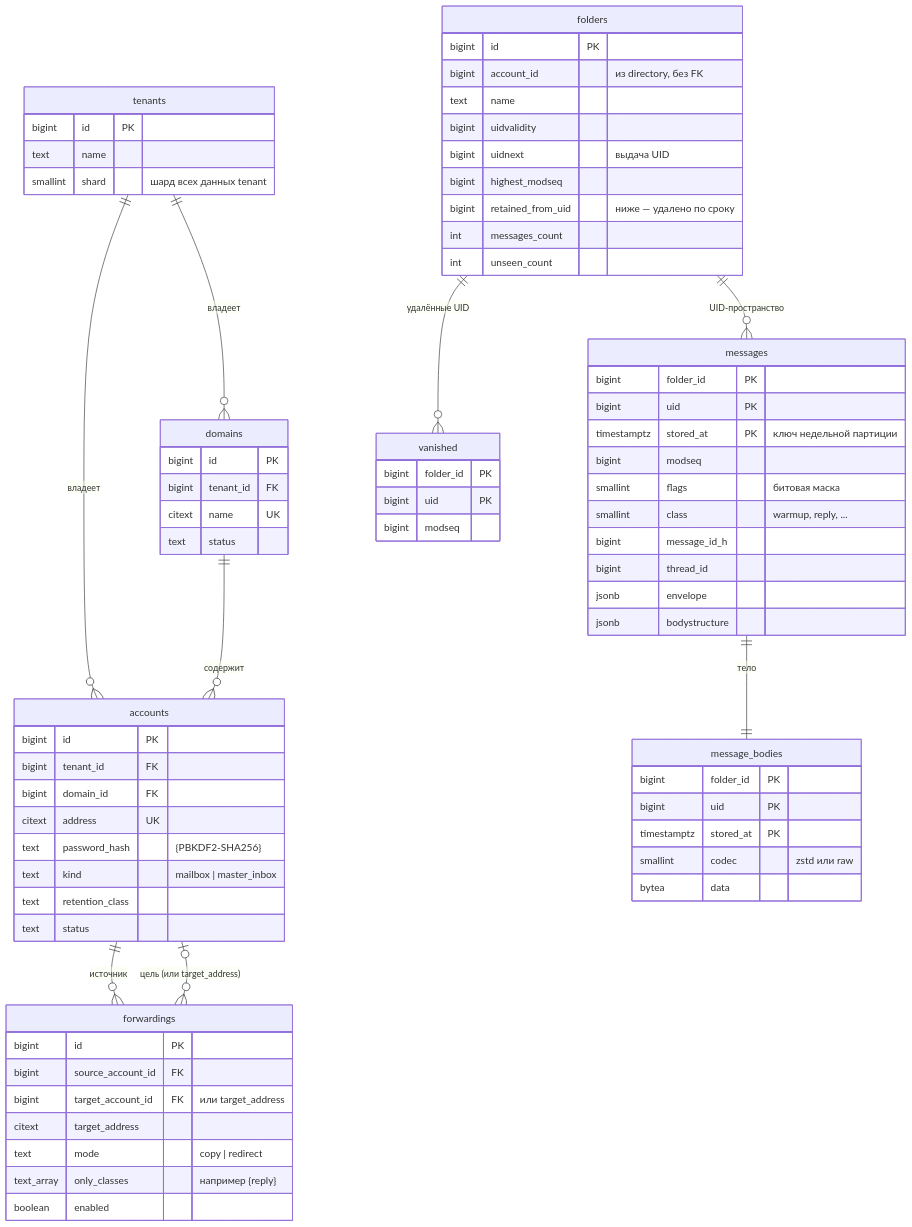
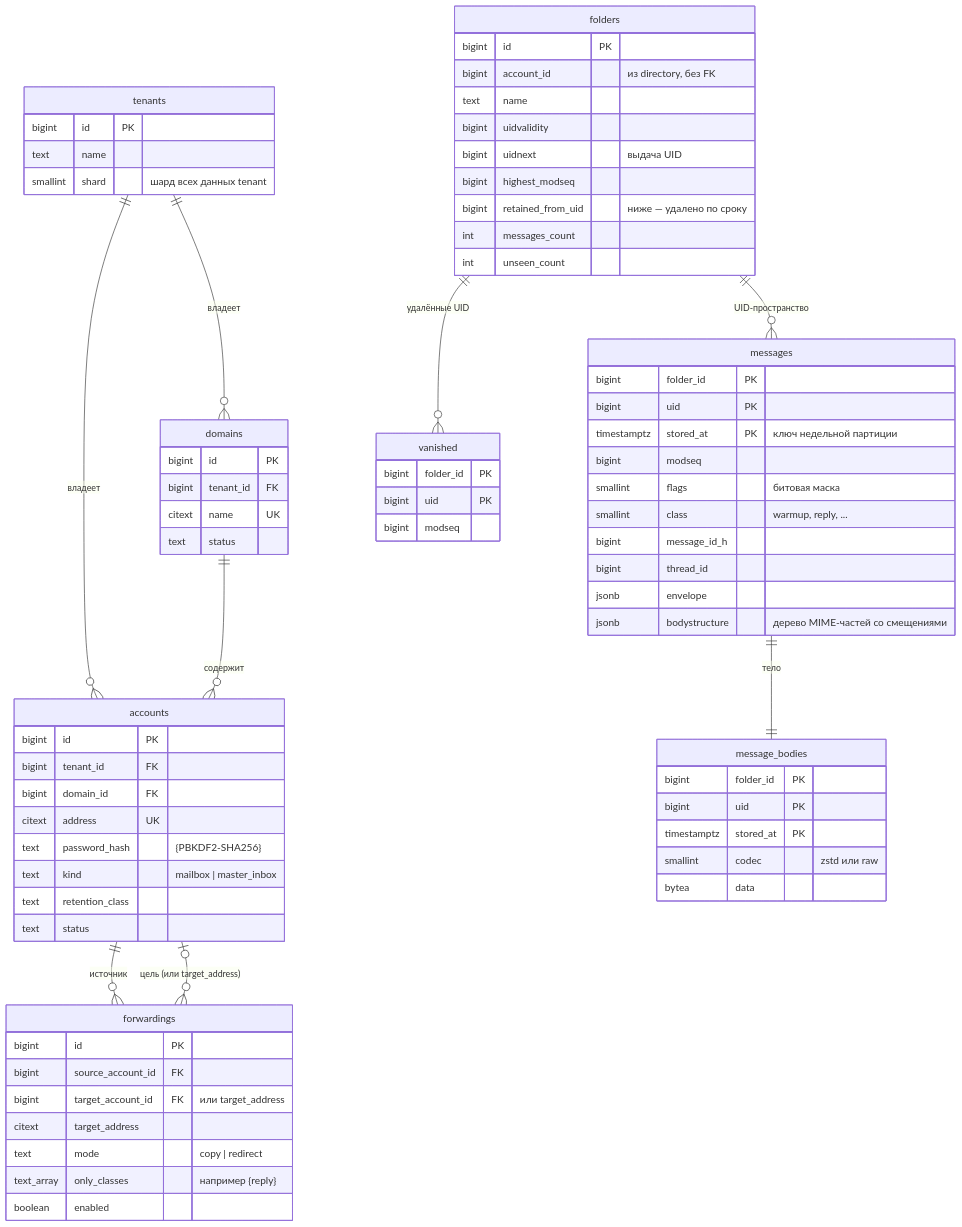
The sixth of 7 diagrams in docs/architecture.md (ichi404gh/mailstore), drawn with Mermaid before and after one commit. The commit also changed other lines of this file and 14 other files, not shown here.

First line of the commit message:
Add MIME parsing, BODYSTRUCTURE and part sections

````diff
--- a/docs/architecture.md
+++ b/docs/architecture.md
@@ -218,79 +218,79 @@
 ```mermaid
 erDiagram
   tenants ||--o{ domains : "владеет"
   tenants ||--o{ accounts : "владеет"
   domains ||--o{ accounts : "содержит"
   accounts ||--o{ forwardings : "источник"
   accounts |o--o{ forwardings : "цель (или target_address)"
 
   tenants {
     bigint id PK
     text name
     smallint shard "шард всех данных tenant"
   }
   domains {
     bigint id PK
     bigint tenant_id FK
     citext name UK
     text status
   }
   accounts {
     bigint id PK
     bigint tenant_id FK
     bigint domain_id FK
     citext address UK
     text password_hash "{PBKDF2-SHA256}"
     text kind "mailbox | master_inbox"
     text retention_class
     text status
   }
   forwardings {
     bigint id PK
     bigint source_account_id FK
     bigint target_account_id FK "или target_address"
     citext target_address
     text mode "copy | redirect"
     text_array only_classes "например {reply}"
     boolean enabled
   }
 
   folders ||--o{ messages : "UID-пространство"
   messages ||--|| message_bodies : "тело"
   folders ||--o{ vanished : "удалённые UID"
 
   folders {
     bigint id PK
     bigint account_id "из directory, без FK"
     text name
     bigint uidvalidity
     bigint uidnext "выдача UID"
     bigint highest_modseq
     bigint retained_from_uid "ниже — удалено по сроку"
     int messages_count
     int unseen_count
   }
   messages {
     bigint folder_id PK
     bigint uid PK
     timestamptz stored_at PK "ключ недельной партиции"
     bigint modseq
     smallint flags "битовая маска"
     smallint class "warmup, reply, ..."
     bigint message_id_h
     bigint thread_id
     jsonb envelope
-    jsonb bodystructure
+    jsonb bodystructure "дерево MIME-частей со смещениями"
   }
   message_bodies {
     bigint folder_id PK
     bigint uid PK
     timestamptz stored_at PK
     smallint codec "zstd или raw"
     bytea data
   }
   vanished {
     bigint folder_id PK
     bigint uid PK
     bigint modseq
   }
 ```
````
